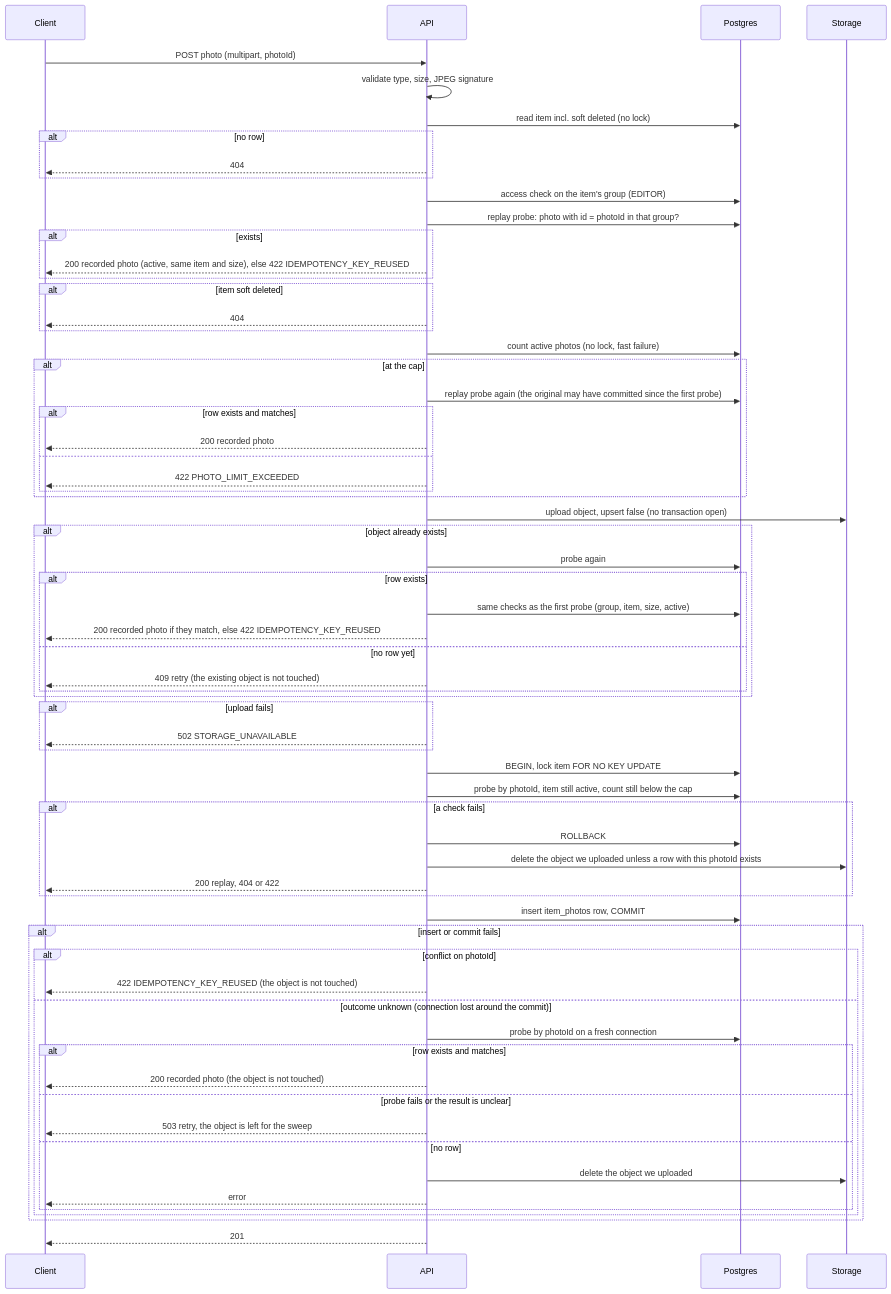
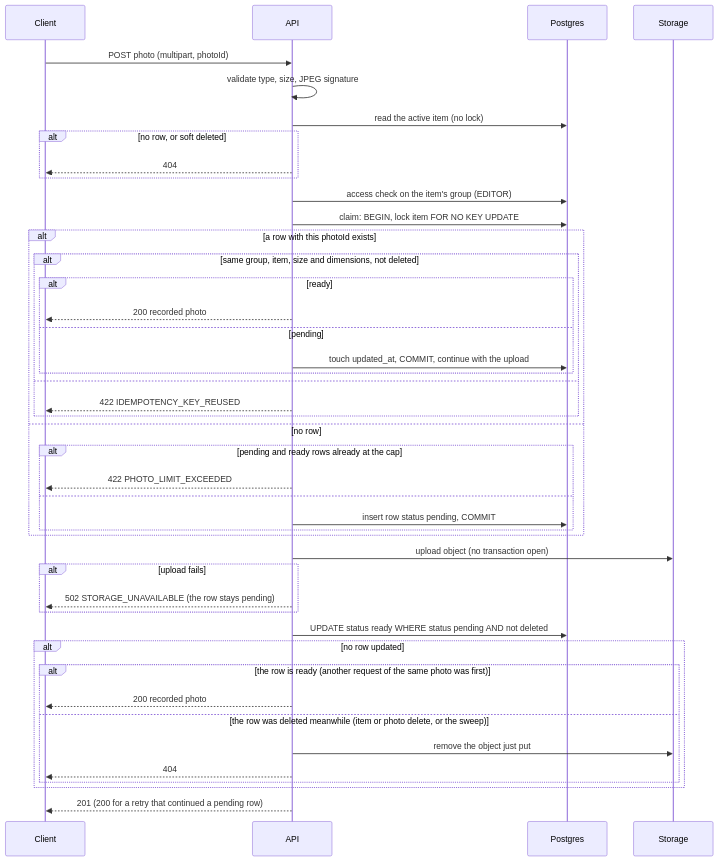
The diagram in docs/design/item-photos.md (TakashiAihara/prep-hamster), drawn with Mermaid before and after one commit. The commit also changed other lines of this file and 40 other files, not shown here.

````diff
--- a/docs/design/item-photos.md
+++ b/docs/design/item-photos.md
@@ -122,67 +123,46 @@
 ```mermaid
 sequenceDiagram
   participant C as Client
   participant A as API
   participant D as Postgres
   participant S as Storage
   C->>A: POST photo (multipart, photoId)
   A->>A: validate type, size, JPEG signature
-  A->>D: read item incl. soft deleted (no lock)
-  alt no row
+  A->>D: read the active item (no lock)
+  alt no row, or soft deleted
     A-->>C: 404
   end
   A->>D: access check on the item's group (EDITOR)
-  A->>D: replay probe: photo with id = photoId in that group?
-  alt exists
-    A-->>C: 200 recorded photo (active, same item and size), else 422 IDEMPOTENCY_KEY_REUSED
-  end
-  alt item soft deleted
-    A-->>C: 404
-  end
-  A->>D: count active photos (no lock, fast failure)
-  alt at the cap
-    A->>D: replay probe again (the original may have committed since the first probe)
-    alt row exists and matches
-      A-->>C: 200 recorded photo
+  A->>D: claim: BEGIN, lock item FOR NO KEY UPDATE
+  alt a row with this photoId exists
+    alt same group, item, size and dimensions, not deleted
+      alt ready
+        A-->>C: 200 recorded photo
+      else pending
+        A->>D: touch updated_at, COMMIT, continue with the upload
+      end
     else
+      A-->>C: 422 IDEMPOTENCY_KEY_REUSED
+    end
+  else no row
+    alt pending and ready rows already at the cap
       A-->>C: 422 PHOTO_LIMIT_EXCEEDED
+    else
+      A->>D: insert row status pending, COMMIT
     end
   end
-  A->>S: upload object, upsert false (no transaction open)
-  alt object already exists
-    A->>D: probe again
-    alt row exists
-      A->>D: same checks as the first probe (group, item, size, active)
-      A-->>C: 200 recorded photo if they match, else 422 IDEMPOTENCY_KEY_REUSED
-    else no row yet
-      A-->>C: 409 retry (the existing object is not touched)
+  A->>S: upload object (no transaction open)
+  alt upload fails
+    A-->>C: 502 STORAGE_UNAVAILABLE (the row stays pending)
+  end
+  A->>D: UPDATE status ready WHERE status pending AND not deleted
+  alt no row updated
+    alt the row is ready (another request of the same photo was first)
+      A-->>C: 200 recorded photo
+    else the row was deleted meanwhile (item or photo delete, or the sweep)
+      A->>S: remove the object just put
+      A-->>C: 404
     end
   end
-  alt upload fails
-    A-->>C: 502 STORAGE_UNAVAILABLE
-  end
-  A->>D: BEGIN, lock item FOR NO KEY UPDATE
-  A->>D: probe by photoId, item still active, count still below the cap
-  alt a check fails
-    A->>D: ROLLBACK
-    A->>S: delete the object we uploaded unless a row with this photoId exists
-    A-->>C: 200 replay, 404 or 422
-  end
-  A->>D: insert item_photos row, COMMIT
-  alt insert or commit fails
-    alt conflict on photoId
-      A-->>C: 422 IDEMPOTENCY_KEY_REUSED (the object is not touched)
-    else outcome unknown (connection lost around the commit)
-      A->>D: probe by photoId on a fresh connection
-      alt row exists and matches
-        A-->>C: 200 recorded photo (the object is not touched)
-      else probe fails or the result is unclear
-        A-->>C: 503 retry, the object is left for the sweep
-      else no row
-        A->>S: delete the object we uploaded
-        A-->>C: error
-      end
-    end
-  end
-  A-->>C: 201
+  A-->>C: 201 (200 for a retry that continued a pending row)
 ```
````
